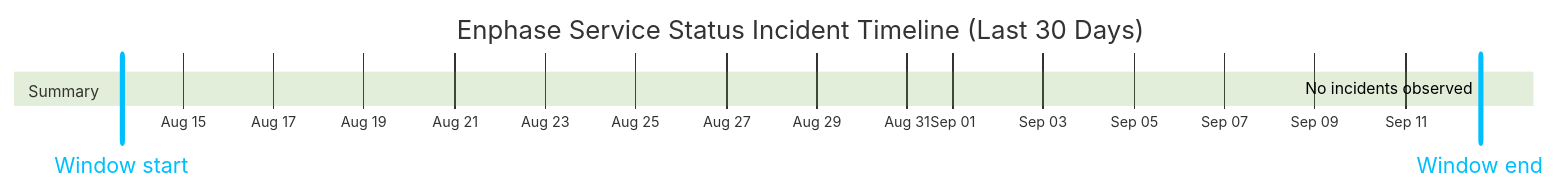
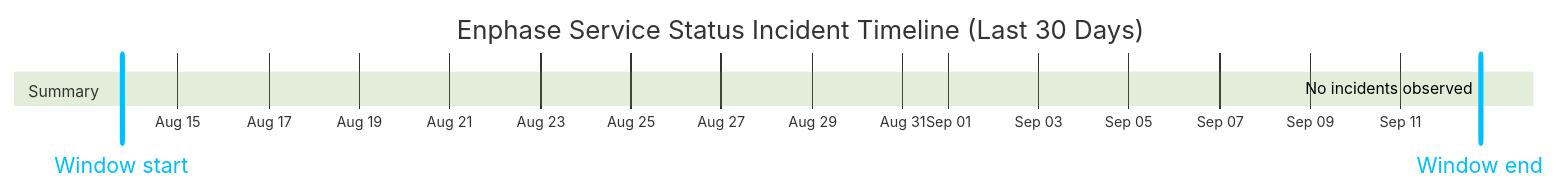
Before and after one commit to barneyonline/ha-enphase-energy: the diagram in wiki/Service-Status-History.md, drawn with Mermaid (forest theme). The commit also changed other lines of this file and 3 other files, not shown here.

````diff
--- a/wiki/Service-Status-History.md
+++ b/wiki/Service-Status-History.md
@@ -14,10 +14,10 @@
 ```mermaid
 gantt
     title Enphase Service Status Incident Timeline (Last 30 Days)
     dateFormat  YYYY-MM-DDTHH:mm:ss
     axisFormat  %b %d
-    Window start :vert, window-start, 2026-08-13T15:42:57, 0ms
-    Window end :vert, window-end, 2026-09-12T15:42:57, 0ms
+    Window start :vert, window-start, 2026-08-13T18:05:41, 0ms
+    Window end :vert, window-end, 2026-09-12T18:05:41, 0ms
     section Summary
-    No incidents observed :done, 2026-09-12T15:42:57, 1m
+    No incidents observed :done, 2026-09-12T18:05:41, 1m
 ```
````
